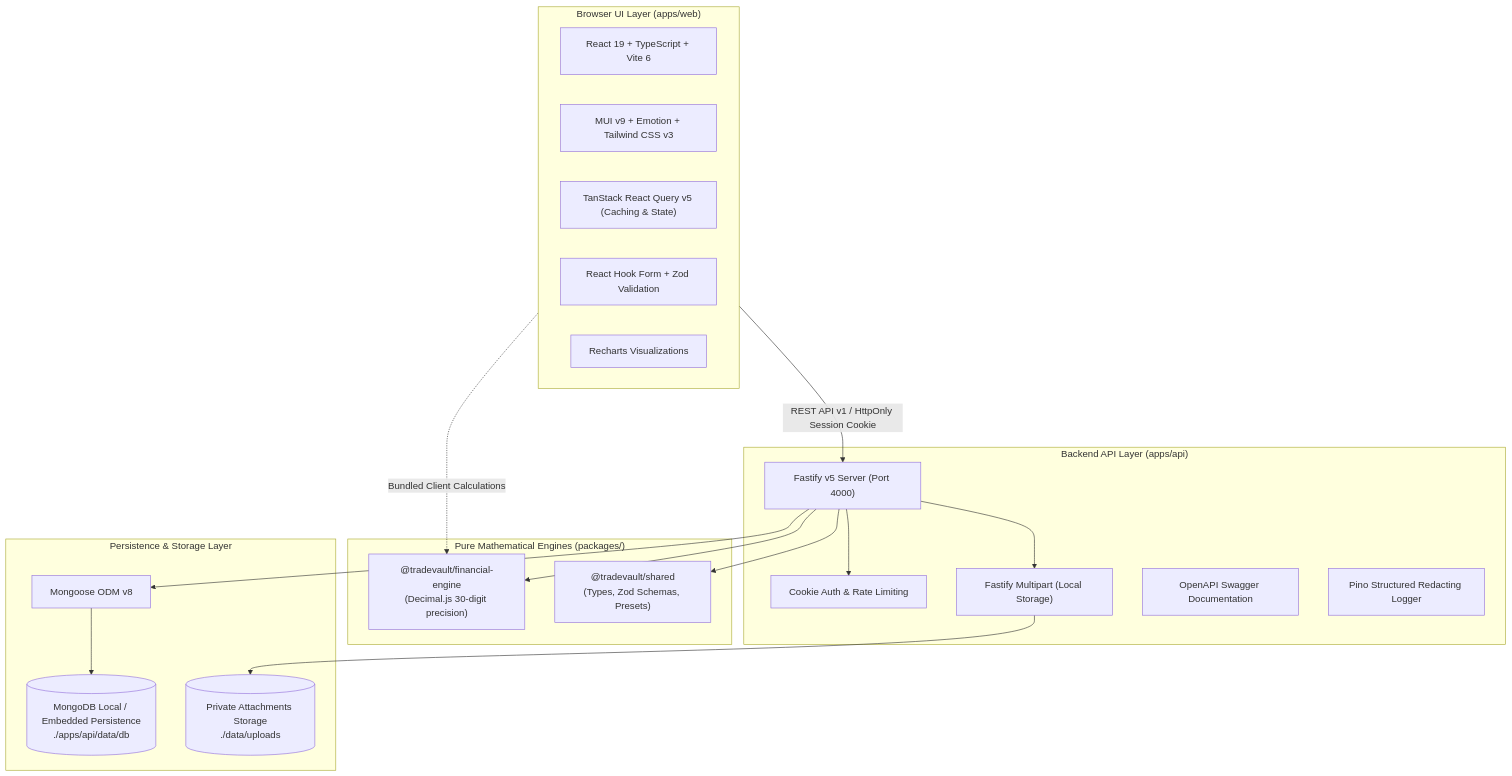
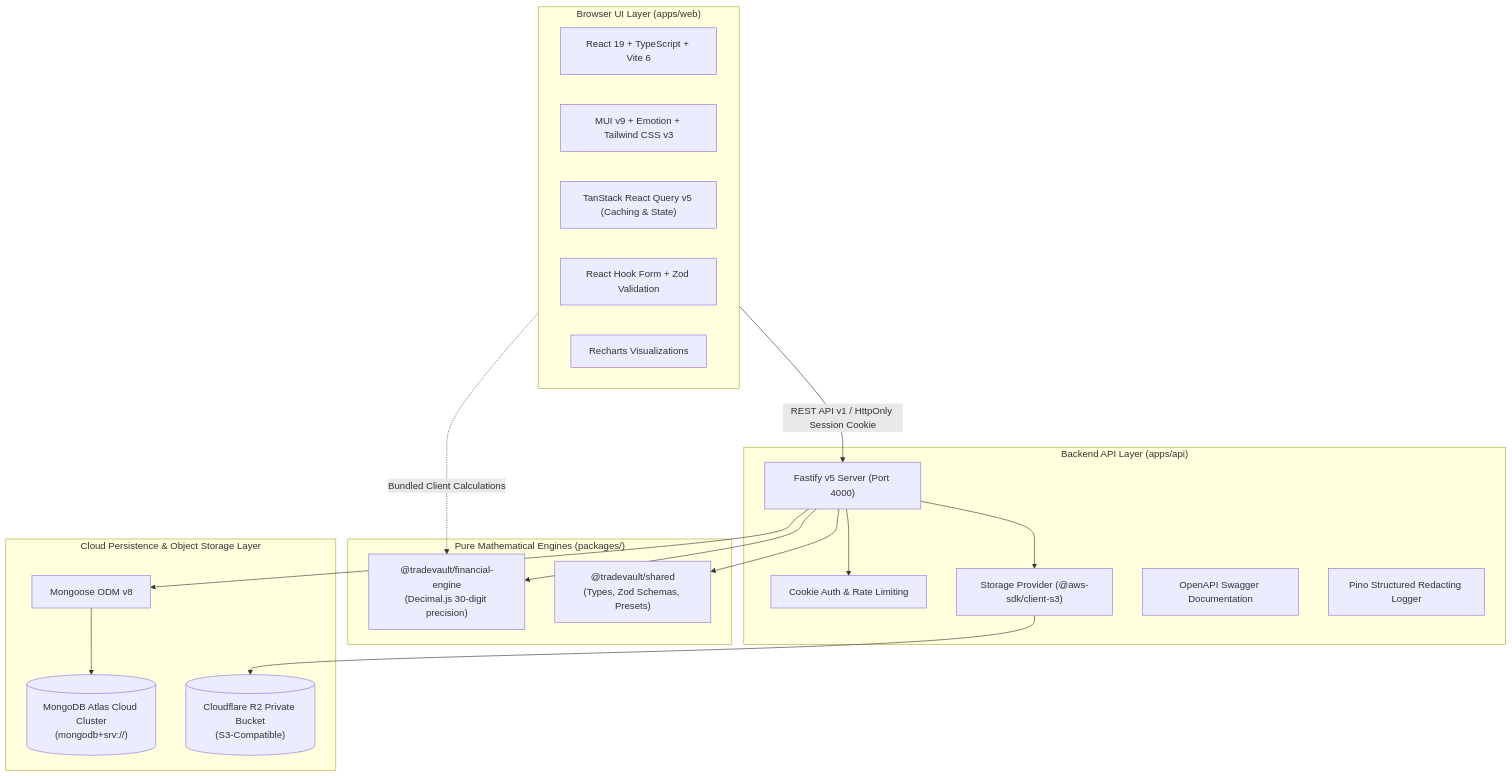
One commit to Rohsh00/SetupMint changed the first of 3 diagrams in docs/APPLICATION_ARCHITECTURE.md. Above: the diagram before and after it, drawn with Mermaid. The commit also changed other lines of this file and 38 other files, not shown here.

First line of the commit message:
feat: transition SetupMint to cloud-only architecture with MongoDB Atlas and Cloudflare R2

````diff
--- a/docs/APPLICATION_ARCHITECTURE.md
+++ b/docs/APPLICATION_ARCHITECTURE.md
@@ -7,39 +7,39 @@
 ```mermaid
 graph TB
     subgraph Client["Browser UI Layer (apps/web)"]
         React["React 19 + TypeScript + Vite 6"]
         MUI["MUI v9 + Emotion + Tailwind CSS v3"]
         RQ["TanStack React Query v5 (Caching & State)"]
         RHF["React Hook Form + Zod Validation"]
         Charts["Recharts Visualizations"]
     end
 
     subgraph API["Backend API Layer (apps/api)"]
         Fastify["Fastify v5 Server (Port 4000)"]
         AuthMiddleware["Cookie Auth & Rate Limiting"]
-        Multer["Fastify Multipart (Local Storage)"]
+        StorageProvider["Storage Provider (@aws-sdk/client-s3)"]
         Swagger["OpenAPI Swagger Documentation"]
         PinoLogger["Pino Structured Redacting Logger"]
     end
 
     subgraph CoreEngine["Pure Mathematical Engines (packages/)"]
         FE["@tradevault/financial-engine\n(Decimal.js 30-digit precision)"]
         Shared["@tradevault/shared\n(Types, Zod Schemas, Presets)"]
     end
 
-    subgraph Data["Persistence & Storage Layer"]
+    subgraph Data["Cloud Persistence & Object Storage Layer"]
         Mongoose["Mongoose ODM v8"]
-        MongoDB[("MongoDB Local / Embedded Persistence\n./apps/api/data/db")]
-        DiskStorage[("Private Attachments Storage\n./data/uploads")]
+        MongoDB[("MongoDB Atlas Cloud Cluster\n(mongodb+srv://)")]
+        R2Storage[("Cloudflare R2 Private Bucket\n(S3-Compatible)")]
     end
 
     Client -->|REST API v1 / HttpOnly Session Cookie| Fastify
     Fastify --> AuthMiddleware
     Fastify --> FE
     Fastify --> Shared
     Fastify --> Mongoose
     Mongoose --> MongoDB
-    Fastify --> Multer
-    Multer --> DiskStorage
+    Fastify --> StorageProvider
+    StorageProvider --> R2Storage
     Client -.->|Bundled Client Calculations| FE
 ```
````
